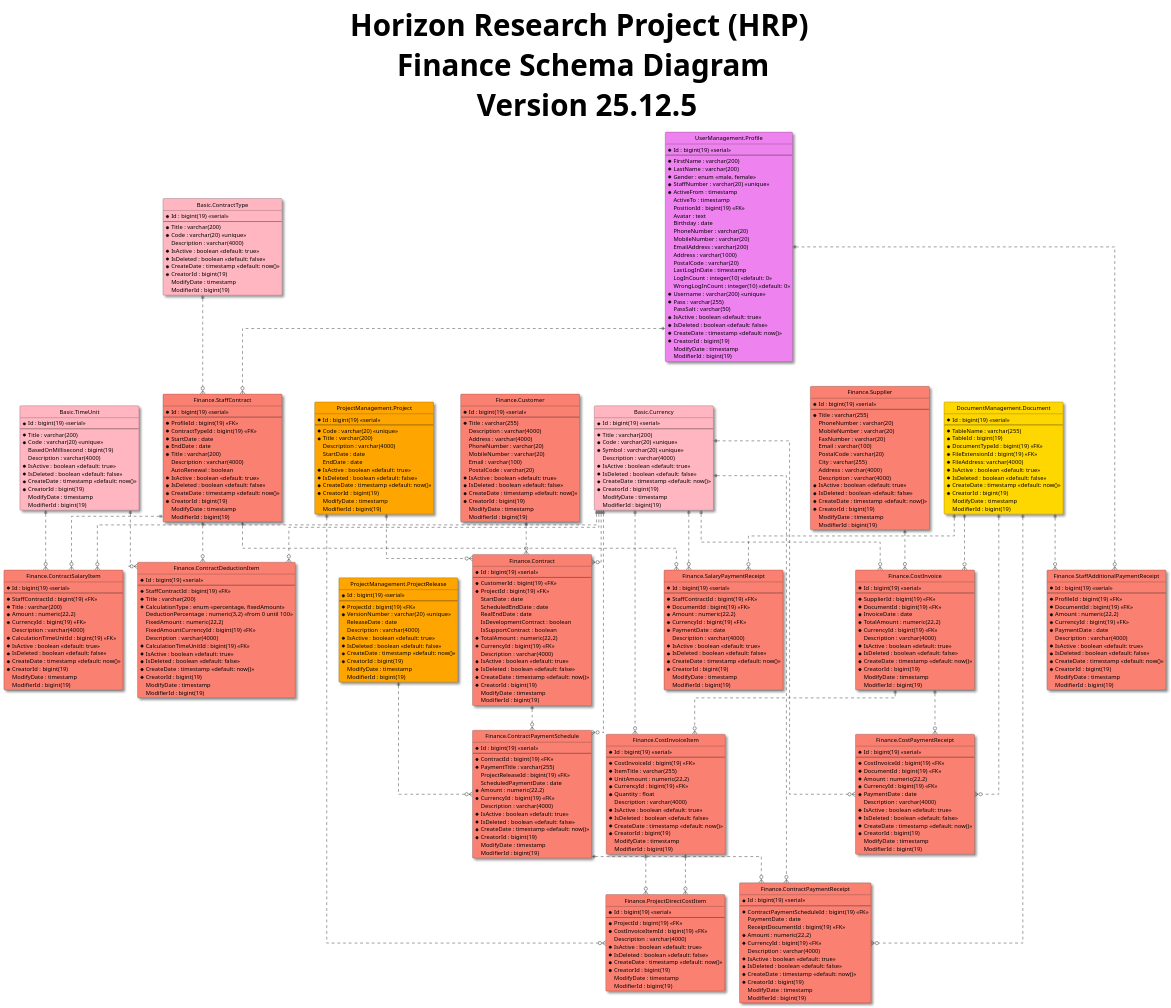
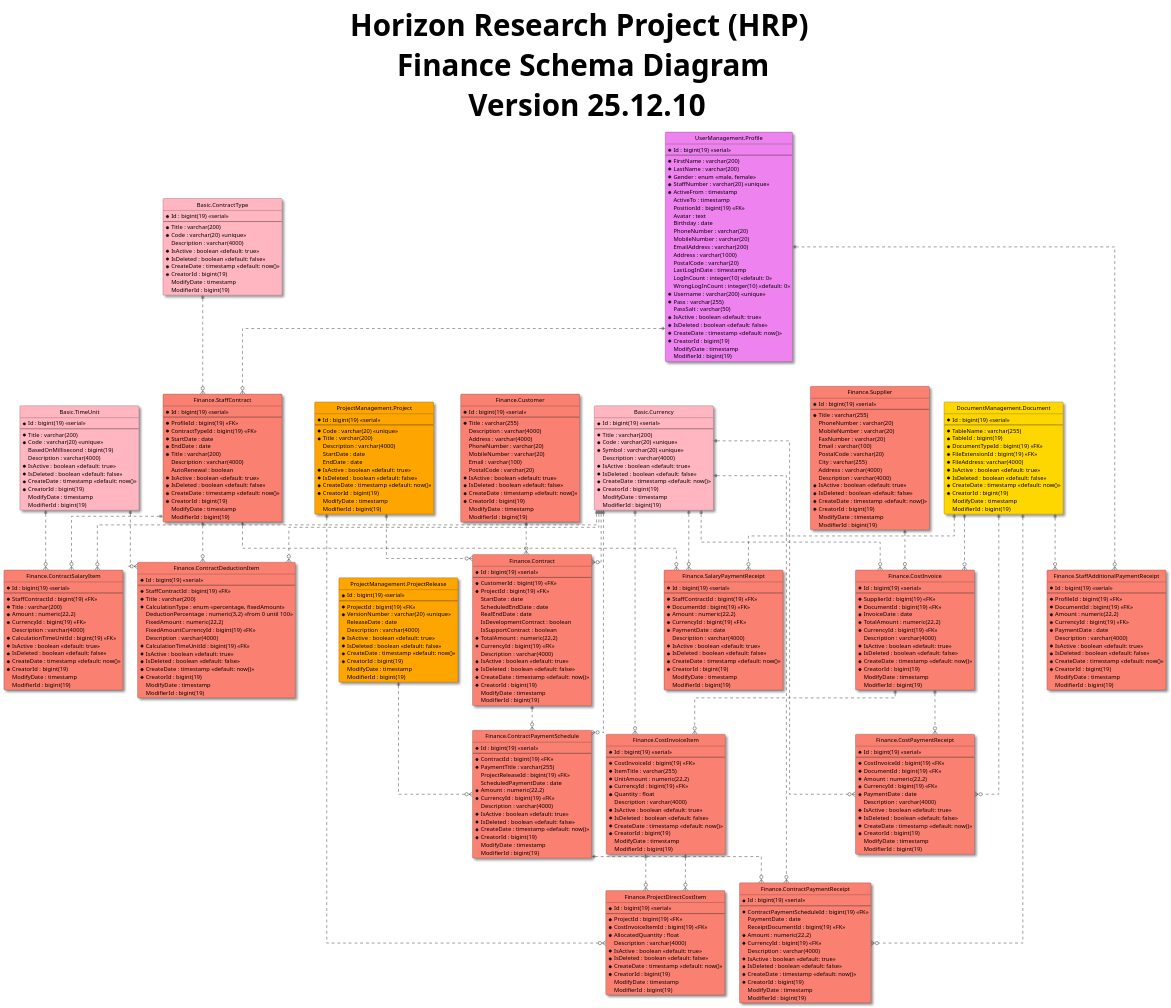
One commit to shadowfox1984/Horizon changed the diagram in 3-HorizonModeling/3.1-HorizonUml/ERD/Schemas/FinanceSchemaDiagram.puml. Above: the diagram before and after it, drawn with PlantUML. The commit also changed 18 other files, not shown here.

```diff
--- a/3-HorizonModeling/3.1-HorizonUml/ERD/Schemas/FinanceSchemaDiagram.puml
+++ b/3-HorizonModeling/3.1-HorizonUml/ERD/Schemas/FinanceSchemaDiagram.puml
@@ -5,7 +5,7 @@
 skinparam Shadowing True
 skinparam TitleFontSize 72pt
 
-title Horizon Research Project (HRP) \n Finance Schema Diagram \n Version 25.12.5
+title Horizon Research Project (HRP) \n Finance Schema Diagram \n Version 25.12.10
 
 entity "Basic.ContractType" as contractType #LightPink{
   *Id : bigint(19) <<serial>>
@@ -242,6 +242,7 @@
   --
   *ProjectId : bigint(19) <<FK>>
   *CostInvoiceItemId : bigint(19) <<FK>>
+  *AllocatedQuantity : float
   Description : varchar(4000)
   *IsActive : boolean <<default: true>>
   *IsDeleted : boolean <<default: false>>
```
